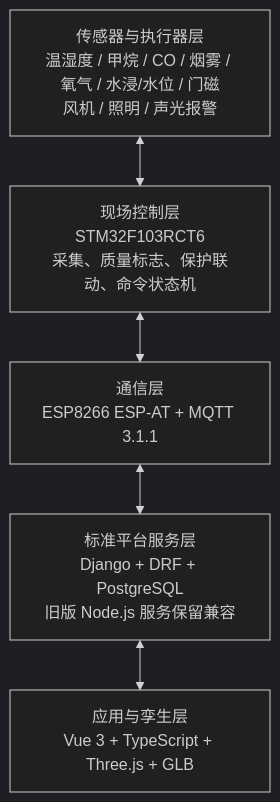
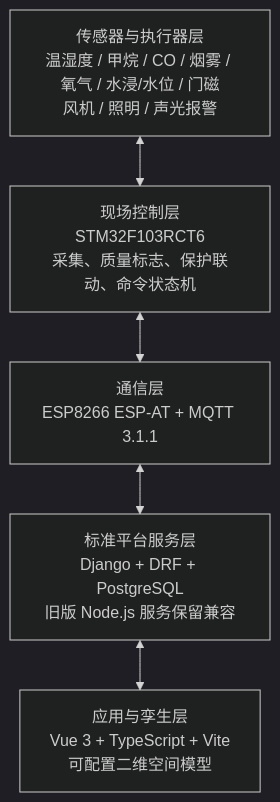
The second of 2 diagrams in README.md (x1ng-chen/utility-tunnel-digital-twin), drawn with Mermaid (dark theme) before and after one commit. The commit also changed other lines of this file and 22 other files, not shown here.

````diff
--- a/README.md
+++ b/README.md
@@ -105,13 +105,13 @@
 ```mermaid
 flowchart TB
     S[传感器与执行器层<br/>温湿度 / 甲烷 / CO / 烟雾 / 氧气 / 水浸/水位 / 门磁<br/>风机 / 照明 / 声光报警]
     C[现场控制层<br/>STM32F103RCT6<br/>采集、质量标志、保护联动、命令状态机]
     G[通信层<br/>ESP8266 ESP-AT + MQTT 3.1.1]
     P[标准平台服务层<br/>Django + DRF + PostgreSQL<br/>旧版 Node.js 服务保留兼容]
-    W[应用与孪生层<br/>Vue 3 + TypeScript + Three.js + GLB]
+    W[应用与孪生层<br/>Vue 3 + TypeScript + Vite<br/>可配置二维空间模型]
 
     S <--> C
     C <--> G
     G <--> P
     P <--> W
 ```
````
